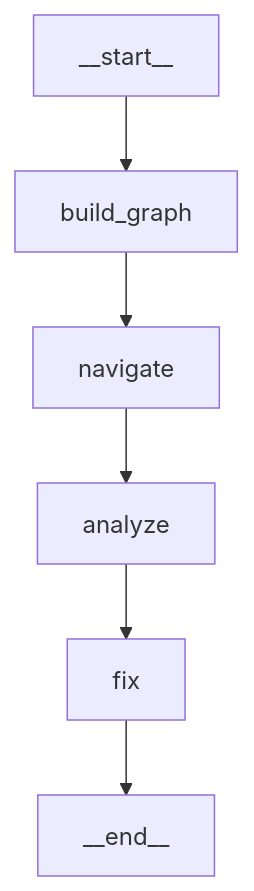
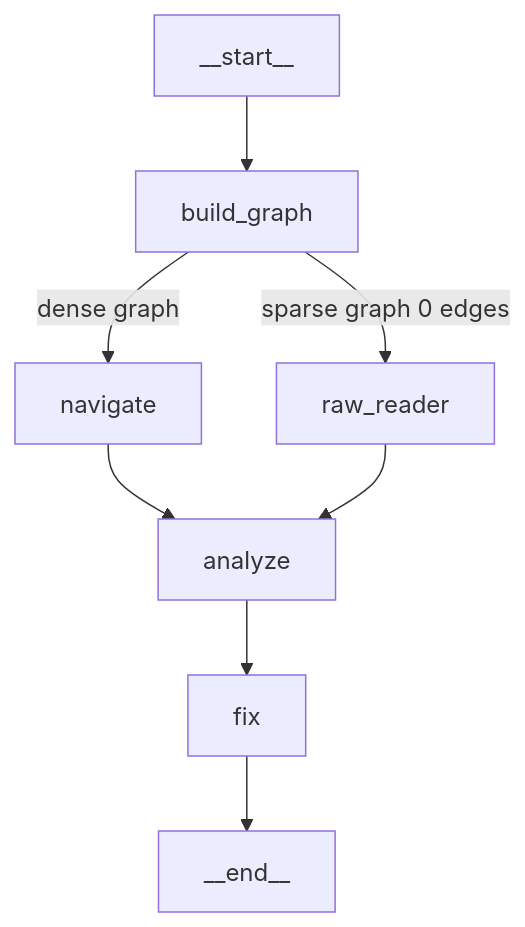
Before and after one commit to AhmadKais/reverse-engineering: the diagram in README.md, drawn with Mermaid. The commit also changed other lines of this file and 90 other files, not shown here.

````diff
--- a/README.md
+++ b/README.md
@@ -104,8 +106,10 @@
 ```mermaid
 graph TD
     __start__ --> build_graph
-    build_graph --> navigate
+    build_graph -->|dense graph| navigate
+    build_graph -->|sparse graph 0 edges| raw_reader
     navigate --> analyze
+    raw_reader --> analyze
     analyze --> fix
     fix --> __end__
 ```
````
